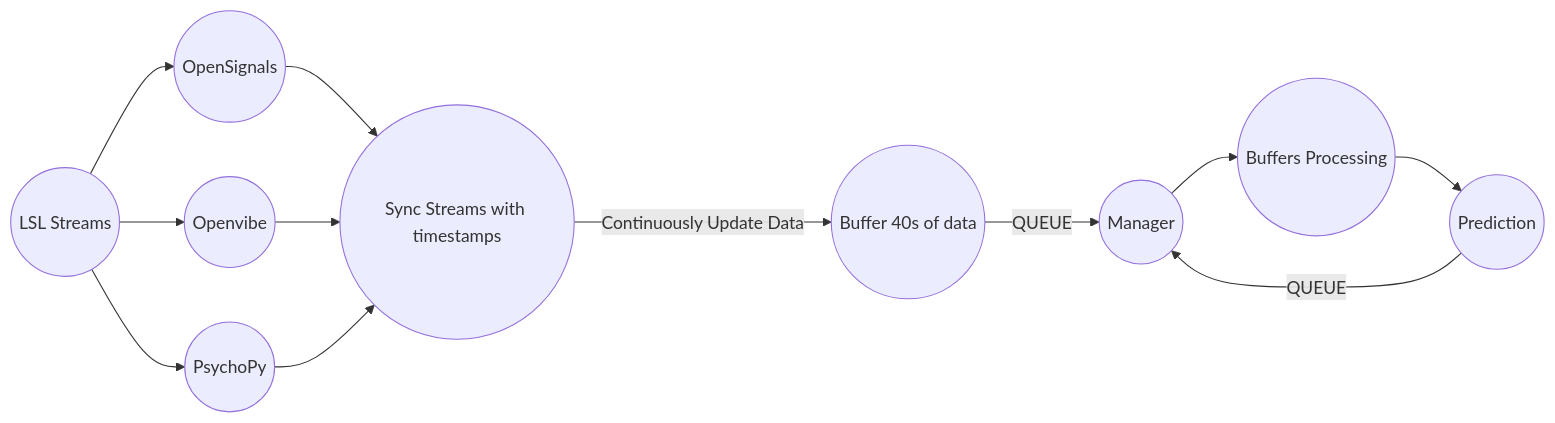
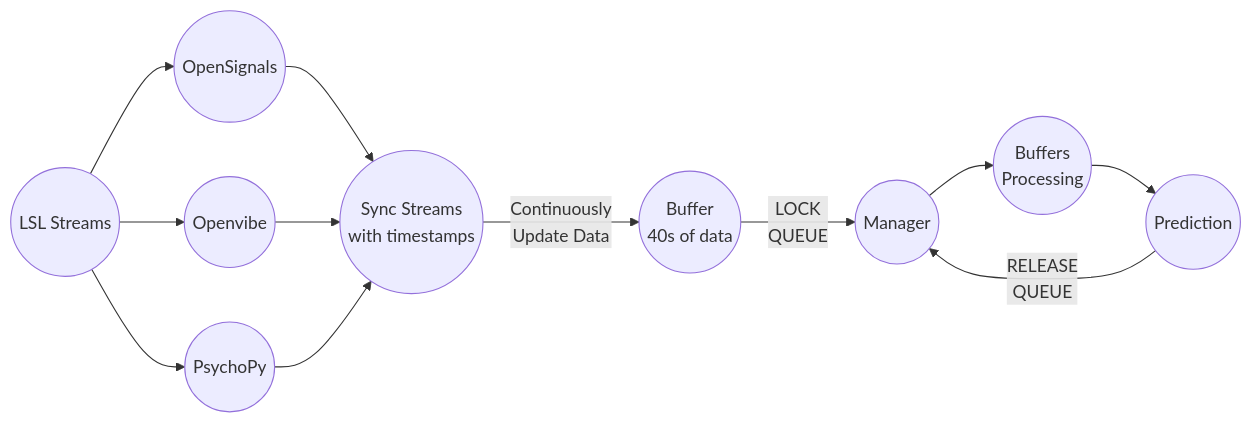
The first of 2 diagrams in README.md (NeuroRehabilitation/loop-system), drawn with Mermaid before and after one commit.

Commit message:
docs(README): fix break line in mermaid flowchart.

````diff
--- a/README.md
+++ b/README.md
@@ -12,19 +12,19 @@
 ```mermaid
 flowchart LR 
 A((LSL Streams)) 
 B((OpenSignals)) 
 C((Openvibe)) 
 D((PsychoPy)) 
 A --> B & C & D 
-E((Sync Streams with timestamps )) 
+E((Sync Streams <br/> with timestamps )) 
 B & C & D --> E 
-F((Buffer 40s of data)) 
-E --> |Continuously Update Data| F 
+F((Buffer <br/> 40s of data)) 
+E --> |Continuously <br/> Update Data| F 
 G((Manager)) 
-F --> |QUEUE| G 
-H((Buffers Processing)) 
+F --> |LOCK <br/> QUEUE| G 
+H((Buffers <br/> Processing)) 
 I((Prediction)) 
 G --> H 
 H --> I 
-I --> |QUEUE| G 
+I --> |RELEASE <br/> QUEUE| G 
 ```
````
